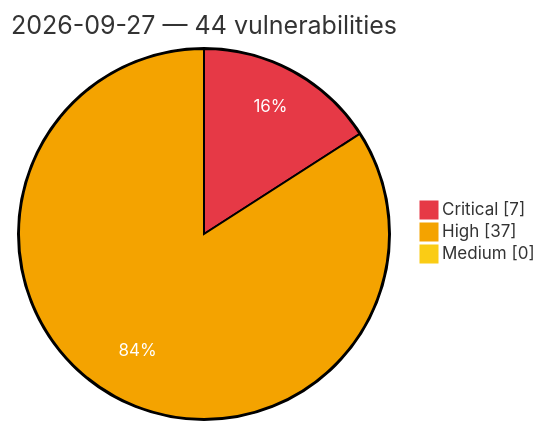
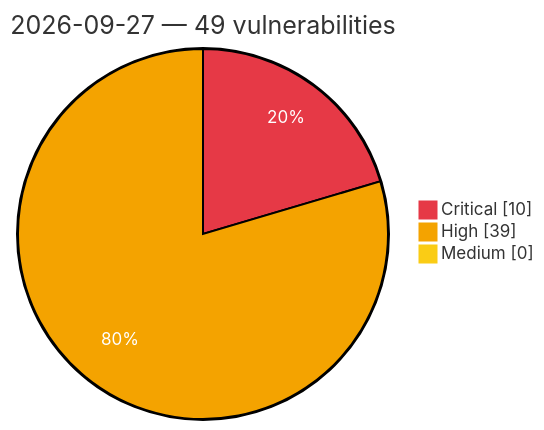
The diagram in vulnerabilities/2026/September/2026-09-27.md (GhostX0X/vuln-tracker), drawn with Mermaid before and after one commit. The commit also changed other lines of this file and 5 other files, not shown here.

Commit message:
Auto update: critical/high vulns (2026-09-28 00:45 UTC)

````diff
--- a/vulnerabilities/2026/September/2026-09-27.md
+++ b/vulnerabilities/2026/September/2026-09-27.md
@@ -3,8 +3,8 @@
 ```mermaid
 %%{init: {'theme':'base', 'themeVariables': {'pie1':'#e63946', 'pie2':'#f4a300', 'pie3':'#facc15', 'pieOpacity':'1', 'pieOuterStrokeWidth':'2px', 'pieSectionTextColor':'#ffffff'}}}%%
 pie showData
-    title 2026-09-27 — 44 vulnerabilities
-    "Critical" : 7
-    "High" : 37
+    title 2026-09-27 — 49 vulnerabilities
+    "Critical" : 10
+    "High" : 39
     "Medium" : 0
 ```
````
